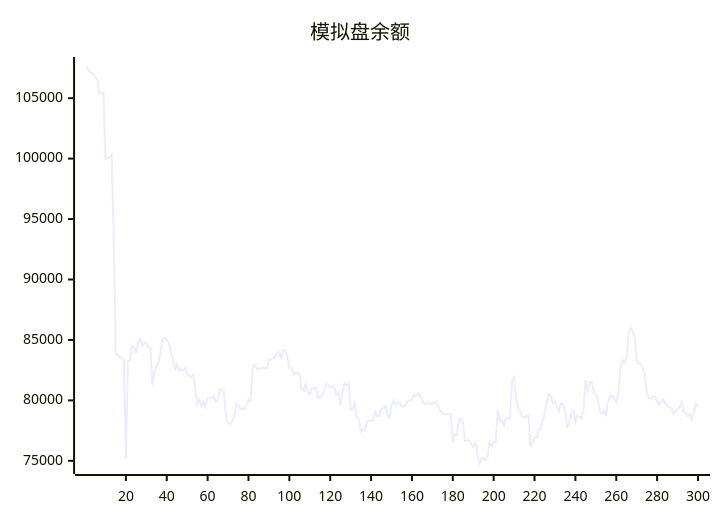
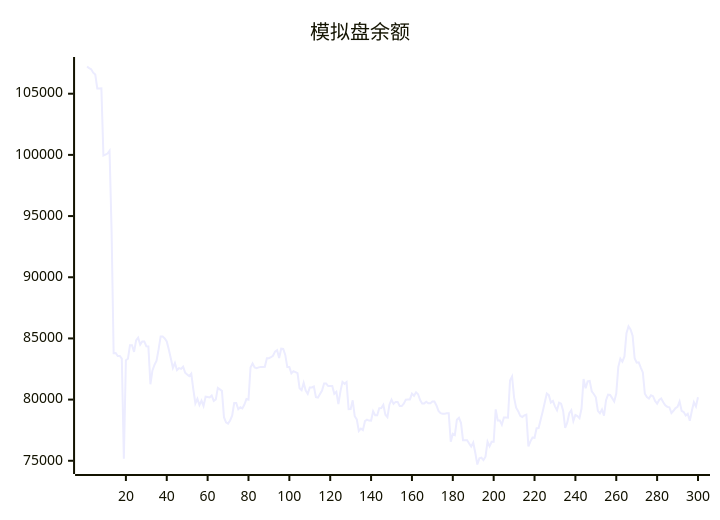
One commit to aahl/ai-trading changed the diagram in README.md. Above: the diagram before and after it, drawn with Mermaid. The commit also changed other lines of this file and 1 other file, not shown here.

````diff
--- a/README.md
+++ b/README.md
@@ -5,5 +5,5 @@
 ```mermaid
 xychart
     title "模拟盘余额"
-    line [107620,107224,107080,107001,106717,106567,105431,105431,105440,99950,100017,100113,100337,93749,83795,83807,83567,83567,83342,75168,83222,83336,84448,84449,83896,84839,85065,84499,84757,84757,84364,84347,81254,82385,82835,83184,84099,85150,85150,85002,84751,84096,83356,82582,82983,82404,82572,82512,82688,82200,82047,81920,82125,80840,79688,80060,79552,79920,79470,80236,80208,80170,80336,79894,80006,80954,80837,80712,78561,78139,78037,78293,78682,79720,79720,79214,79372,79279,79591,80046,79993,82625,82950,82626,82571,82633,82670,82670,82681,83386,83378,83464,83579,83920,84037,83402,84160,84142,83652,82655,82655,82145,82315,82243,82163,80934,80770,81371,80742,80468,80989,80989,81067,80191,80155,80450,80737,81309,81309,81106,81119,81119,80471,80631,79624,80670,81448,81290,81429,79212,79222,79940,78643,78380,77432,77623,77504,78235,78358,78284,78277,79048,78714,78714,79290,79308,79567,78763,78563,79603,79988,79652,79813,79813,79476,79469,79673,79995,80015,80015,80486,80314,80600,80436,79966,79689,79689,79819,79692,79692,79850,79850,79518,79071,78889,78850,78850,78878,78878,76554,77202,77103,78357,78510,78106,76678,76677,76672,76411,76159,76485,75656,74695,75197,75246,75052,75334,76564,76179,76553,76551,79196,78300,78300,77944,78531,78531,78521,81564,81884,80160,79335,79055,78675,78580,78708,78764,76179,76586,76902,76876,77658,77669,78346,79023,79769,80497,80366,79761,79896,79448,79126,79749,79658,79097,77695,78114,78888,79126,78249,78738,78653,78478,79271,81680,80923,81488,81527,80681,80455,80190,79084,78879,79193,78686,79954,80403,80374,80118,79848,80491,82665,83351,83098,83525,85430,85983,85737,85221,83378,83014,83043,82613,82216,80477,80208,80081,80348,80277,79894,79670,79965,80093,79786,79542,79406,79371,78893,79087,79304,79406,79841,79072,78978,78696,78846,78272,79085,79787,79442]
+    line [107224,107080,107001,106717,106567,105431,105431,105440,99950,100017,100113,100337,93749,83795,83807,83567,83567,83342,75168,83222,83336,84448,84449,83896,84839,85065,84499,84757,84757,84364,84347,81254,82385,82835,83184,84099,85150,85150,85002,84751,84096,83356,82582,82983,82404,82572,82512,82688,82200,82047,81920,82125,80840,79688,80060,79552,79920,79470,80236,80208,80170,80336,79894,80006,80954,80837,80712,78561,78139,78037,78293,78682,79720,79720,79214,79372,79279,79591,80046,79993,82625,82950,82626,82571,82633,82670,82670,82681,83386,83378,83464,83579,83920,84037,83402,84160,84142,83652,82655,82655,82145,82315,82243,82163,80934,80770,81371,80742,80468,80989,80989,81067,80191,80155,80450,80737,81309,81309,81106,81119,81119,80471,80631,79624,80670,81448,81290,81429,79212,79222,79940,78643,78380,77432,77623,77504,78235,78358,78284,78277,79048,78714,78714,79290,79308,79567,78763,78563,79603,79988,79652,79813,79813,79476,79469,79673,79995,80015,80015,80486,80314,80600,80436,79966,79689,79689,79819,79692,79692,79850,79850,79518,79071,78889,78850,78850,78878,78878,76554,77202,77103,78357,78510,78106,76678,76677,76672,76411,76159,76485,75656,74695,75197,75246,75052,75334,76564,76179,76553,76551,79196,78300,78300,77944,78531,78531,78521,81564,81884,80160,79335,79055,78675,78580,78708,78764,76179,76586,76902,76876,77658,77669,78346,79023,79769,80497,80366,79761,79896,79448,79126,79749,79658,79097,77695,78114,78888,79126,78249,78738,78653,78478,79271,81680,80923,81488,81527,80681,80455,80190,79084,78879,79193,78686,79954,80403,80374,80118,79848,80491,82665,83351,83098,83525,85430,85983,85737,85221,83378,83014,83043,82613,82216,80477,80208,80081,80348,80277,79894,79670,79965,80093,79786,79542,79406,79371,78893,79087,79304,79406,79841,79072,78978,78696,78846,78272,79085,79787,79442,80198]
 ```
````
